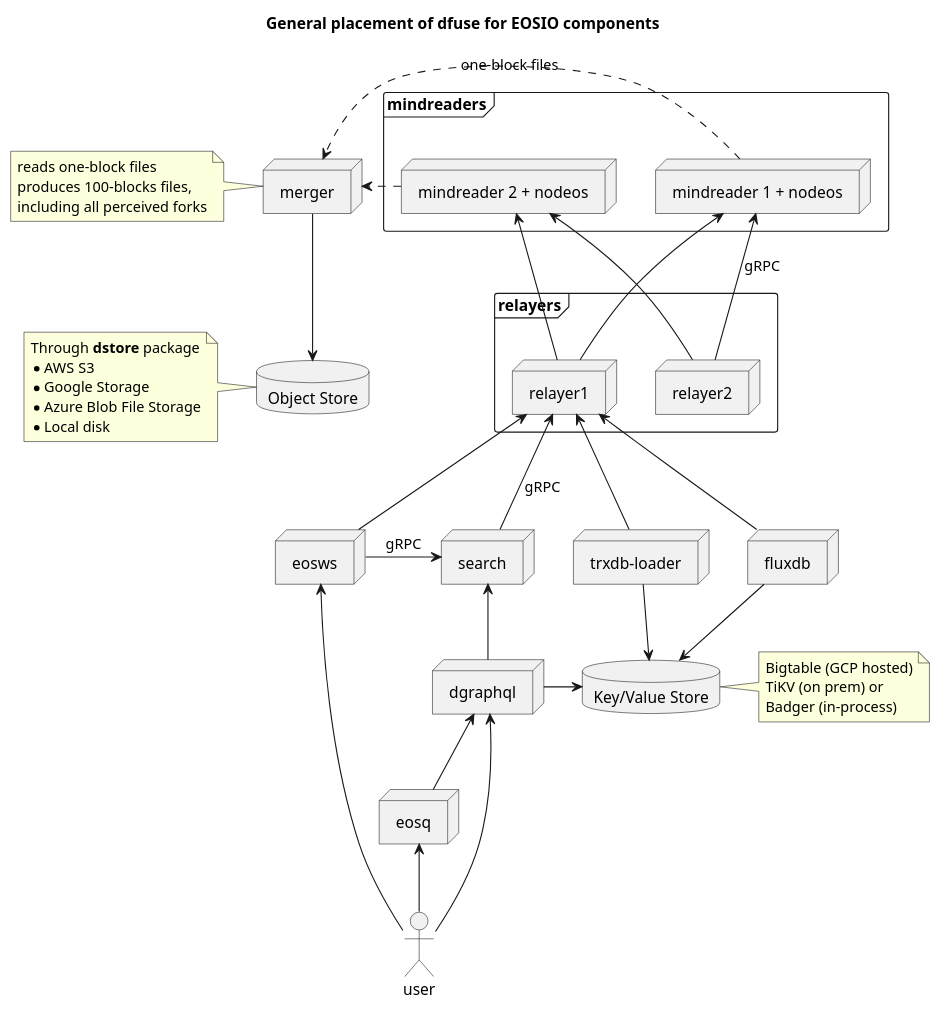
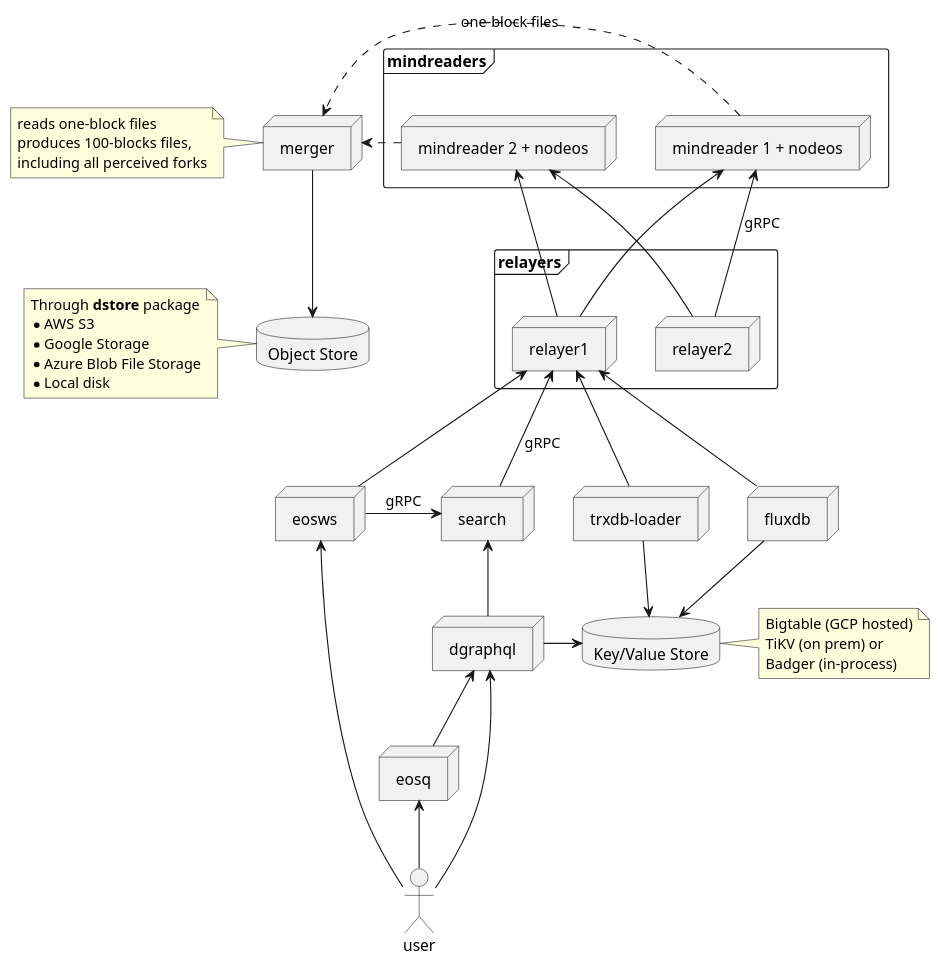
The diagram in static/drawings/general_architecture.plantuml (dfuse-io/docs), drawn with PlantUML before and after one commit. The commit also changed 24 other files, not shown here.

```diff
--- a/static/drawings/general_architecture.plantuml
+++ b/static/drawings/general_architecture.plantuml
@@ -1,76 +1,74 @@
 @startuml
-
-title General placement of dfuse for EOSIO components
 
 frame mindreaders {
   node "mindreader 1 + nodeos" as mindreader1
   node "mindreader 2 + nodeos" as mindreader2
 }
 
 frame relayers {
   node relayer1
   node relayer2
 }
 
 node eosq
 node eosws
 node dgraphql
 
 node merger
 note left of merger
   reads one-block files
   produces 100-blocks files,
   including all perceived forks
 end note
 
 node search
 
 node "trxdb-loader" as trxdbLoader
 node fluxdb
 
 database "Key/Value Store" as kvstore
 note right of kvstore
   Bigtable (GCP hosted)
   TiKV (on prem) or
   Badger (in-process)
 end note
 
 mindreader1 <-- relayer1
 mindreader1 <-- relayer2 : gRPC
 mindreader2 <-- relayer1
 mindreader2 <-- relayer2
 
 mindreader1 .> merger : one-block files
 mindreader2 .> merger
 
 database "Object Store" as s3
 merger --> s3
 note left of s3
   Through **dstore** package
   * AWS S3
   * Google Storage
   * Azure Blob File Storage
   * Local disk
 end note
 
 
 dgraphql <-- eosq
 relayer1 <-- eosws
 eosws -> search : gRPC
 relayer1 <-- search : gRPC
 search <-- dgraphql
 dgraphql -> kvstore
 
 relayer1 <-- fluxdb
 relayer1 <-- trxdbLoader
 
 fluxdb --> kvstore
 trxdbLoader --> kvstore
 
 actor user
 
 eosws <-- user
 eosq <-- user
 dgraphql <-- user
 
 @enduml
```
